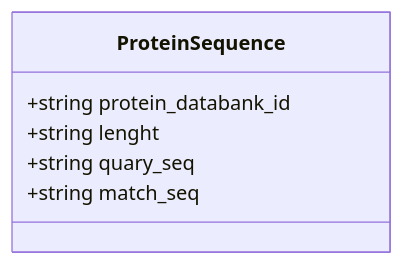
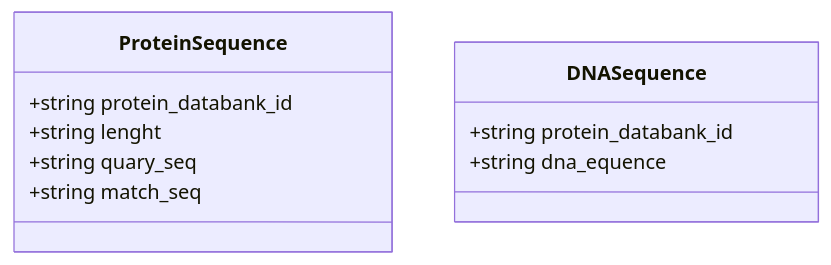
One commit to maxim945/Database-present changed the diagram in PyEEDpresentation/schemes/PyEED Data Model.md. Above: the diagram before and after it, drawn with Mermaid. The commit also changed 3 other files, not shown here.

````diff
--- a/PyEEDpresentation/schemes/PyEED Data Model.md
+++ b/PyEEDpresentation/schemes/PyEED Data Model.md
@@ -1,11 +1,16 @@
 ```mermaid
 classDiagram
     
     class ProteinSequence {
         +string protein_databank_id
         +string lenght
         +string quary_seq
         +string match_seq
     }
     
+    class DNASequence {
+        +string protein_databank_id
+        +string dna_equence
+    }
+    
 ```
````
